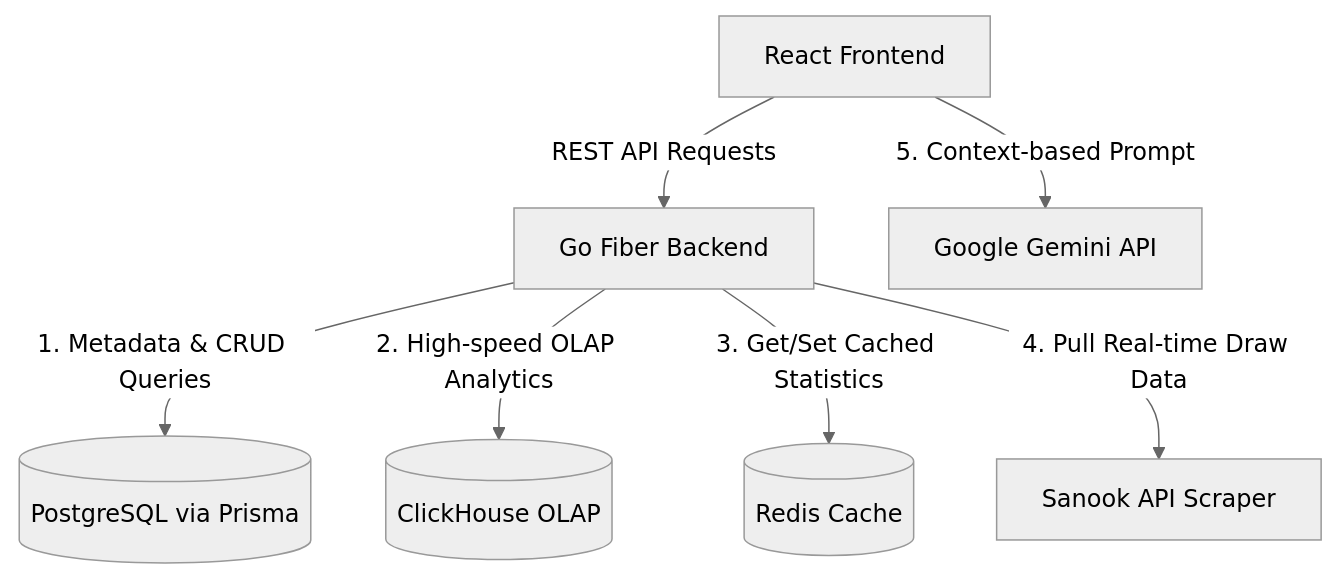
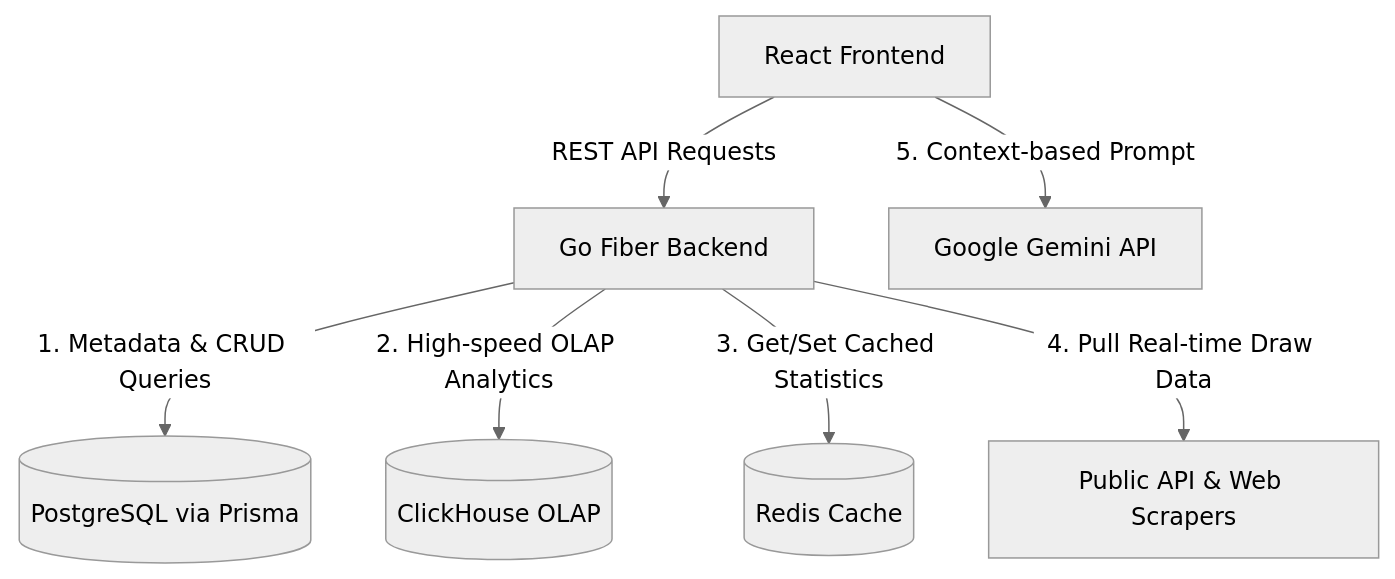
Before and after one commit to Martinnezsavemaiwai/LottoLens: the diagram in README.md, drawn with Mermaid (neutral theme). The commit also changed other lines of this file, not shown here.

Commit message:
docs: update README.md with Thaiger scraper details, v2 sync API, and roadmap status

````diff
--- a/README.md
+++ b/README.md
@@ -11,9 +11,9 @@
 ```mermaid
 graph TD
     Client[React Frontend] -->|REST API Requests| API[Go Fiber Backend]
     API -->|1. Metadata & CRUD Queries| Postgres[(PostgreSQL via Prisma)]
     API -->|2. High-speed OLAP Analytics| ClickHouse[(ClickHouse OLAP)]
     API -->|3. Get/Set Cached Statistics| Redis[(Redis Cache)]
-    API -->|4. Pull Real-time Draw Data| Sanook[Sanook API Scraper]
+    API -->|4. Pull Real-time Draw Data| Scrapers[Public API & Web Scrapers]
     Client -->|5. Context-based Prompt| Gemini[Google Gemini API]
 ```
````
